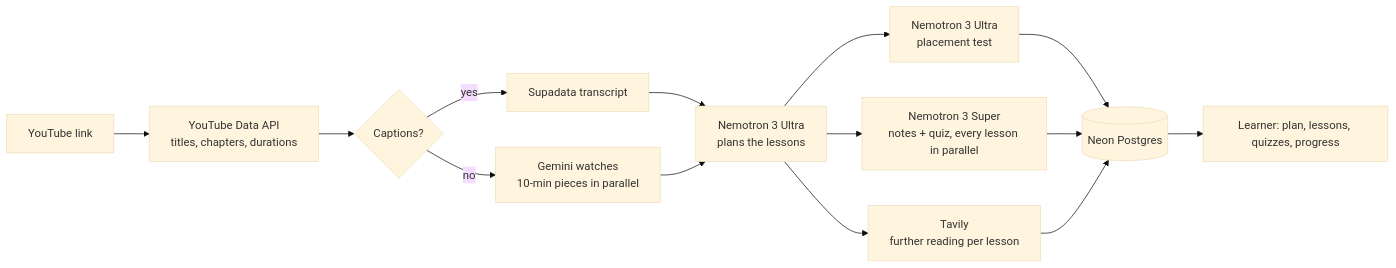
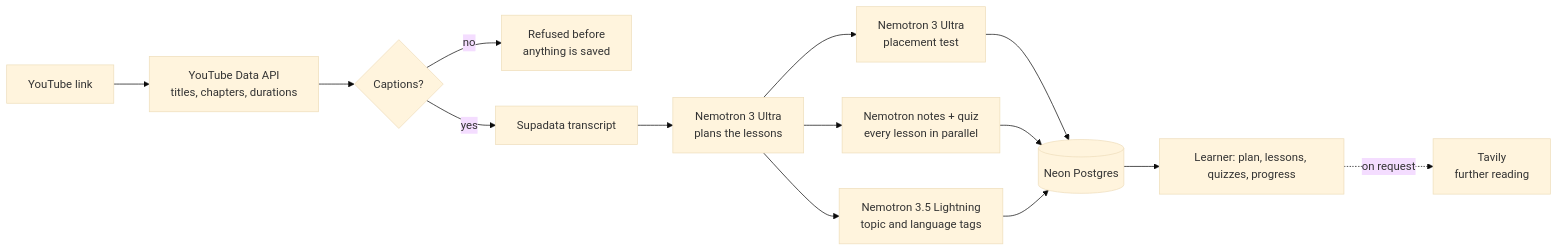
The diagram in README.md (abhishek-01k/courseIt), drawn with Mermaid (base theme) before and after one commit. The commit also changed other lines of this file and 7 other files, not shown here.

````diff
--- a/README.md
+++ b/README.md
@@ -27,16 +76,16 @@
 ```mermaid
 flowchart LR
   A[YouTube link] --> B[YouTube Data API<br/>titles, chapters, durations]
   B --> C{Captions?}
+  C -- no --> X[Refused before<br/>anything is saved]
   C -- yes --> D[Supadata transcript]
-  C -- no --> E[Gemini watches<br/>10-min pieces in parallel]
   D --> F[Nemotron 3 Ultra<br/>plans the lessons]
-  E --> F
   F --> G[Nemotron 3 Ultra<br/>placement test]
-  F --> H[Nemotron 3 Super<br/>notes + quiz, every lesson in parallel]
-  F --> I[Tavily<br/>further reading per lesson]
+  F --> H[Nemotron notes + quiz<br/>every lesson in parallel]
+  F --> T[Nemotron 3.5 Lightning<br/>topic and language tags]
   G --> J[(Neon Postgres)]
   H --> J
-  I --> J
+  T --> J
   J --> K[Learner: plan, lessons, quizzes, progress]
+  K -. on request .-> I[Tavily<br/>further reading]
 ```
````
